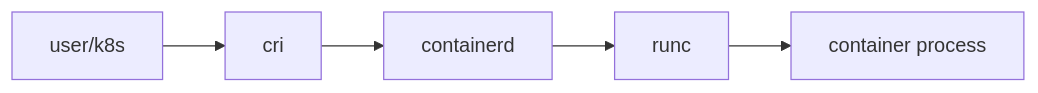
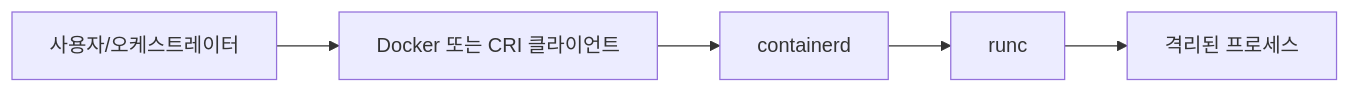
Before and after one commit to yeongseon-books/book-content: the diagram in docs/ko/containers-101/03-runtime.md, drawn with Mermaid. The commit also changed other lines of this file and 4143 other files, not shown here.

````diff
--- a/docs/ko/containers-101/03-runtime.md
+++ b/docs/ko/containers-101/03-runtime.md
@@ -33,7 +440,7 @@
 ```mermaid
 flowchart LR
-    User["user/k8s"] --> CRI["cri"]
-    CRI --> Containerd["containerd"]
-    Containerd --> Runc["runc"]
-    Runc --> Process["container process"]
+    U["사용자/오케스트레이터"] --> D["Docker 또는 CRI 클라이언트"]
+    D --> C["containerd"]
+    C --> R["runc"]
+    R --> P["격리된 프로세스"]
 ```
````
